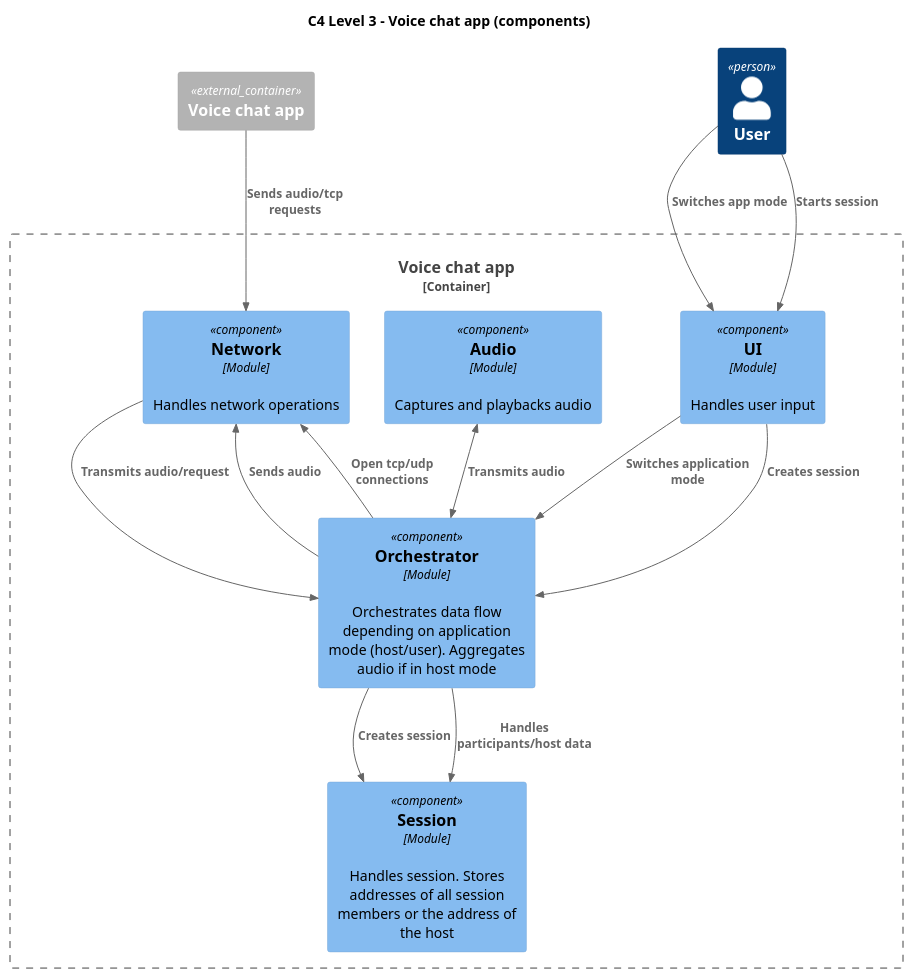
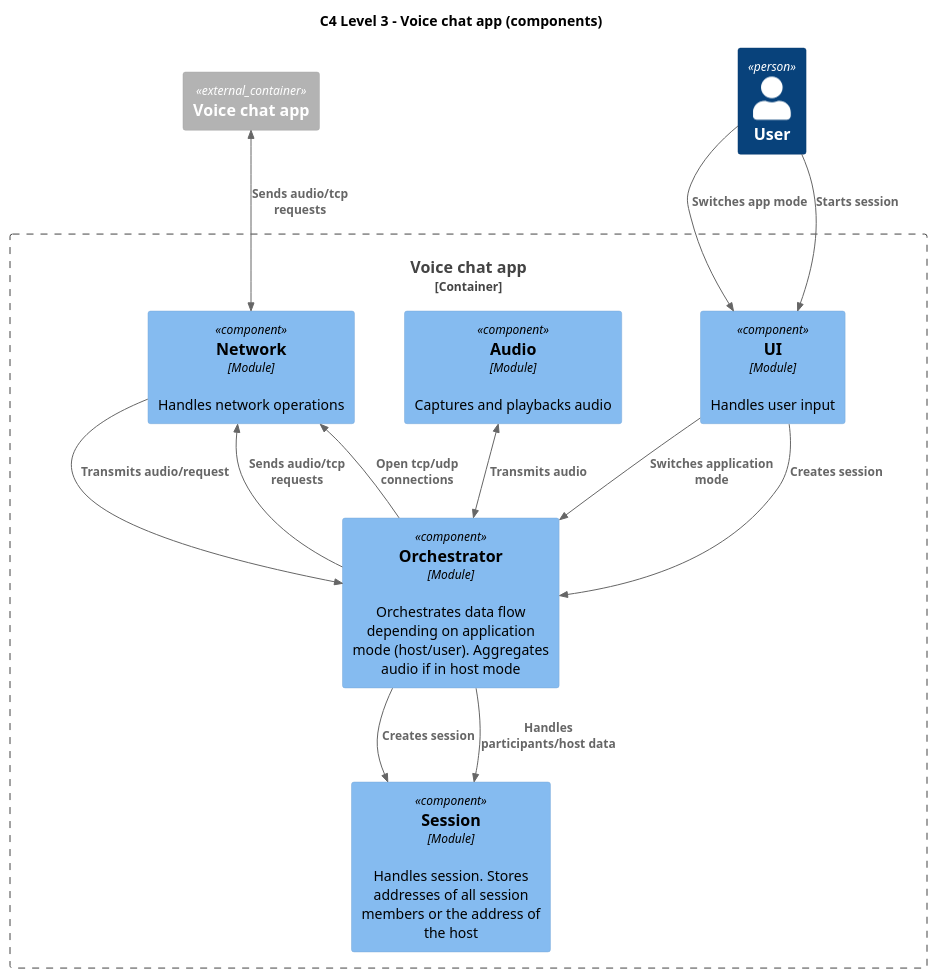
Before and after one commit to fedverdev/Ibidem: the diagram in docs/Voice_chat_app_component_HOST.puml, drawn with PlantUML.

```diff
--- a/docs/Voice_chat_app_component_HOST.puml
+++ b/docs/Voice_chat_app_component_HOST.puml
@@ -1,36 +1,36 @@
 @startuml
 !include <C4/C4_Component>
 
 title C4 Level 3 - Voice chat app (components)
 
 Container_Ext(vcaExt, "Voice chat app")
 Person(user, "User")
 
 Container_Boundary(vca, "Voice chat app") {
     Component(network, "Network", "Module", "Handles network operations")
     Component(audio, "Audio", "Module", "Captures and playbacks audio")
     Component(session, "Session", "Module", "Handles session. Stores addresses of all session members or the address of the host")
     Component(ui, "UI", "Module", "Handles user input")
     Component(orchestrator, "Orchestrator", "Module", "Orchestrates data flow depending on application mode (host/user). Aggregates audio if in host mode")
 }
 
 ' app mode
 Rel(user, ui, "Switches app mode")
 Rel(user, ui, "Starts session")
 
 ' orchestration
 Rel(ui, orchestrator, "Switches application mode")
 Rel(ui, orchestrator, "Creates session")
 
 Rel(orchestrator, session, "Creates session")
 Rel(orchestrator, session, "Handles participants/host data")
 
 BiRel(audio, orchestrator, "Transmits audio")
-Rel(orchestrator, network, "Sends audio")
+Rel(orchestrator, network, "Sends audio/tcp requests")
 Rel(orchestrator, network, "Open tcp/udp connections")
 
 ' network
-Rel(vcaExt, network, "Sends audio/tcp requests")
+BiRel(vcaExt, network, "Sends audio/tcp requests")
 Rel(network, orchestrator, "Transmits audio/request")
 
 @enduml
```
